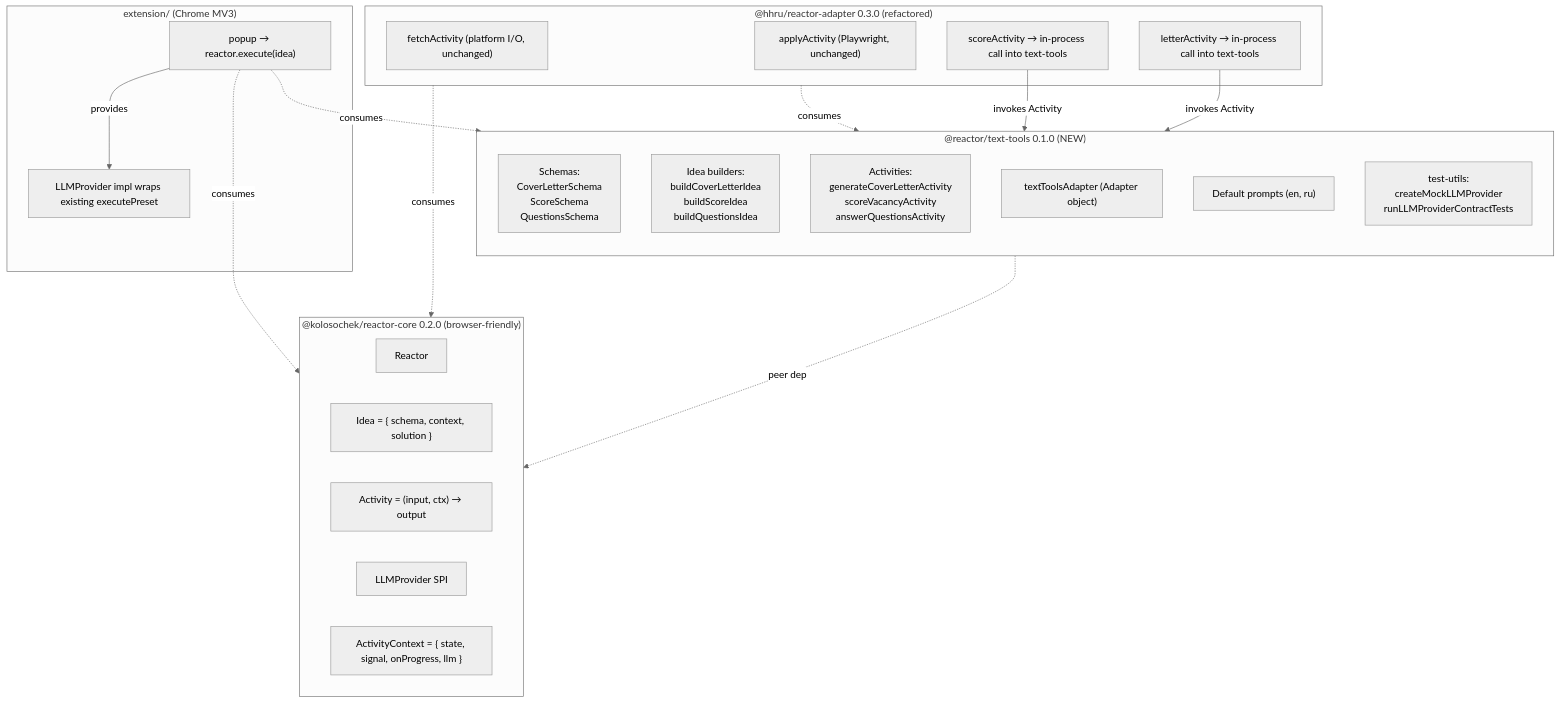
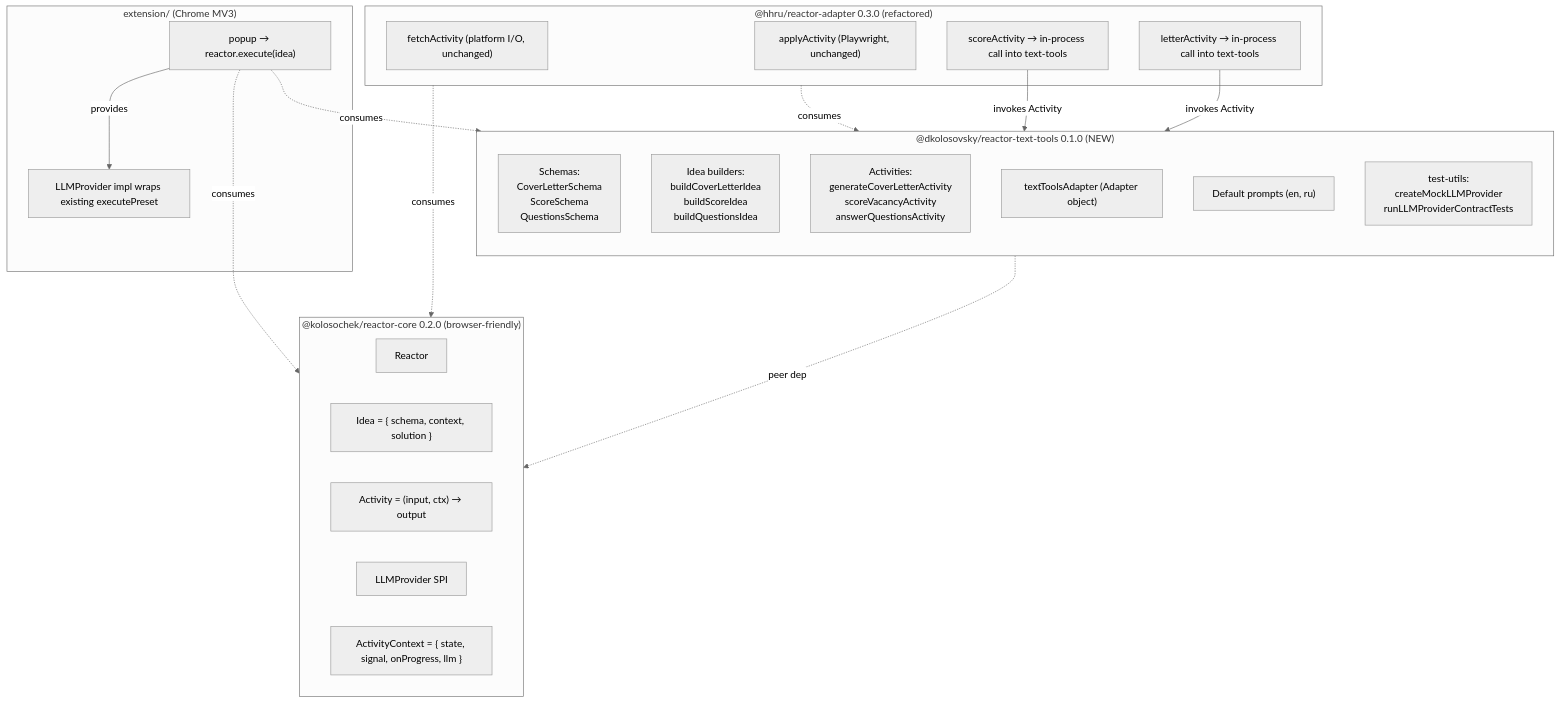
One commit to kolosochek/reactor changed the first of 3 diagrams in docs/specs/2026-04-26-text-tools-decouple-design.md. Above: the diagram before and after it, drawn with Mermaid (neutral theme). The commit also changed other lines of this file and 36 other files, not shown here.

First line of the commit message:
publish: rename to @dkolosovsky scope + ship reactor-client/text-tools to npm

````diff
--- a/docs/specs/2026-04-26-text-tools-decouple-design.md
+++ b/docs/specs/2026-04-26-text-tools-decouple-design.md
@@ -69,41 +69,41 @@
 ```mermaid
 graph TB
   subgraph core["@kolosochek/reactor-core 0.2.0 (browser-friendly)"]
     R[Reactor]
     I["Idea = { schema, context, solution }"]
     A["Activity = (input, ctx) → output"]
     LP["LLMProvider SPI"]
     AC["ActivityContext = { state, signal, onProgress, llm }"]
   end
 
-  subgraph tt["@reactor/text-tools 0.1.0 (NEW)"]
+  subgraph tt["@dkolosovsky/reactor-text-tools 0.1.0 (NEW)"]
     direction TB
     SCH["Schemas:<br/>CoverLetterSchema<br/>ScoreSchema<br/>QuestionsSchema"]
     BLD["Idea builders:<br/>buildCoverLetterIdea<br/>buildScoreIdea<br/>buildQuestionsIdea"]
     ACT["Activities:<br/>generateCoverLetterActivity<br/>scoreVacancyActivity<br/>answerQuestionsActivity"]
     ADAPT["textToolsAdapter (Adapter object)"]
     PR["Default prompts (en, ru)"]
     TU["test-utils:<br/>createMockLLMProvider<br/>runLLMProviderContractTests"]
   end
 
   subgraph extension["extension/ (Chrome MV3)"]
     EXT["popup → reactor.execute(idea)"]
     EXTLLM["LLMProvider impl wraps existing executePreset"]
   end
 
   subgraph hhru["@hhru/reactor-adapter 0.3.0 (refactored)"]
     HF["fetchActivity (platform I/O, unchanged)"]
     HA["applyActivity (Playwright, unchanged)"]
     HSCORE["scoreActivity → in-process call into text-tools"]
     HLET["letterActivity → in-process call into text-tools"]
   end
 
   tt -.peer dep.-> core
   EXT -.consumes.-> tt
   EXT -.consumes.-> core
   EXT --provides--> EXTLLM
   hhru -.consumes.-> tt
   hhru -.consumes.-> core
   HSCORE -->|invokes Activity| ACT
   HLET -->|invokes Activity| ACT
 ```
````
